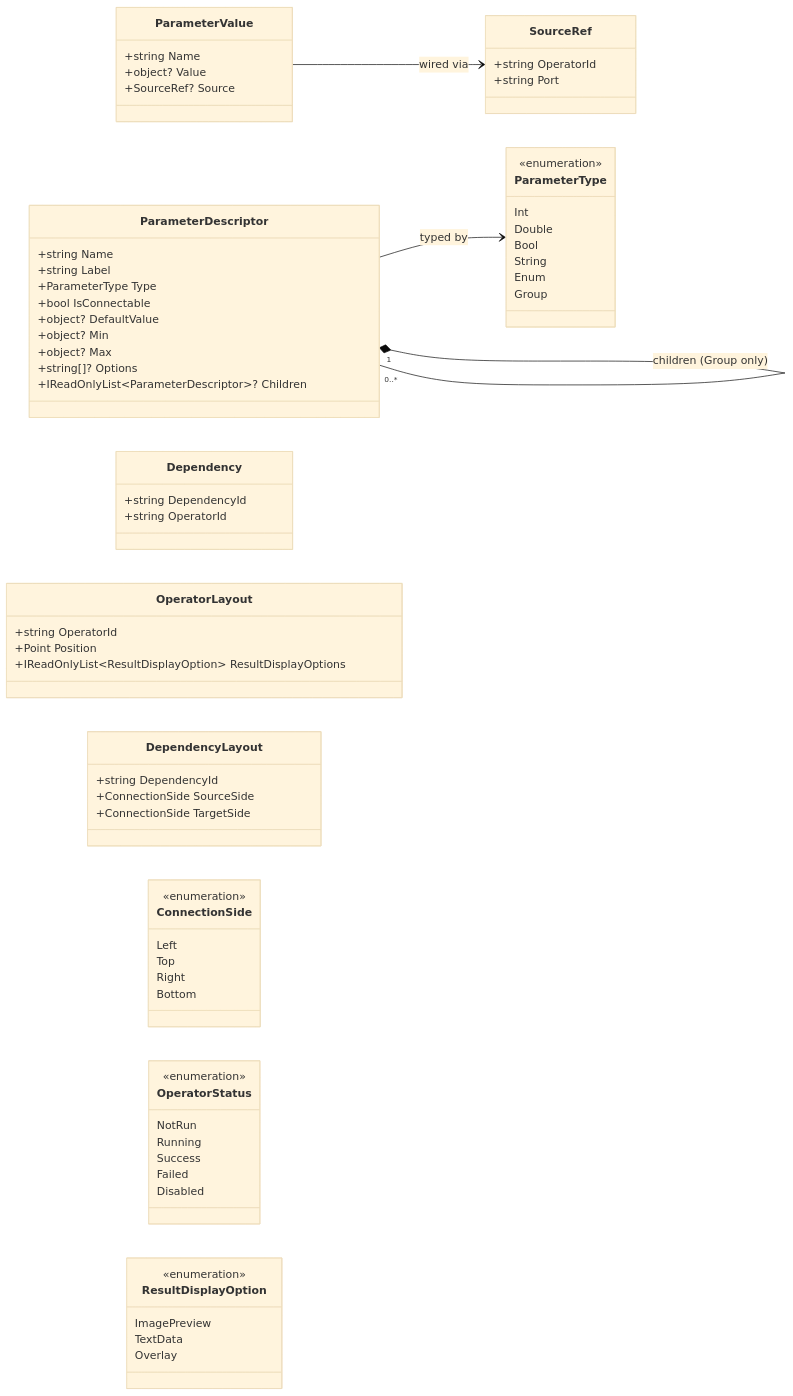
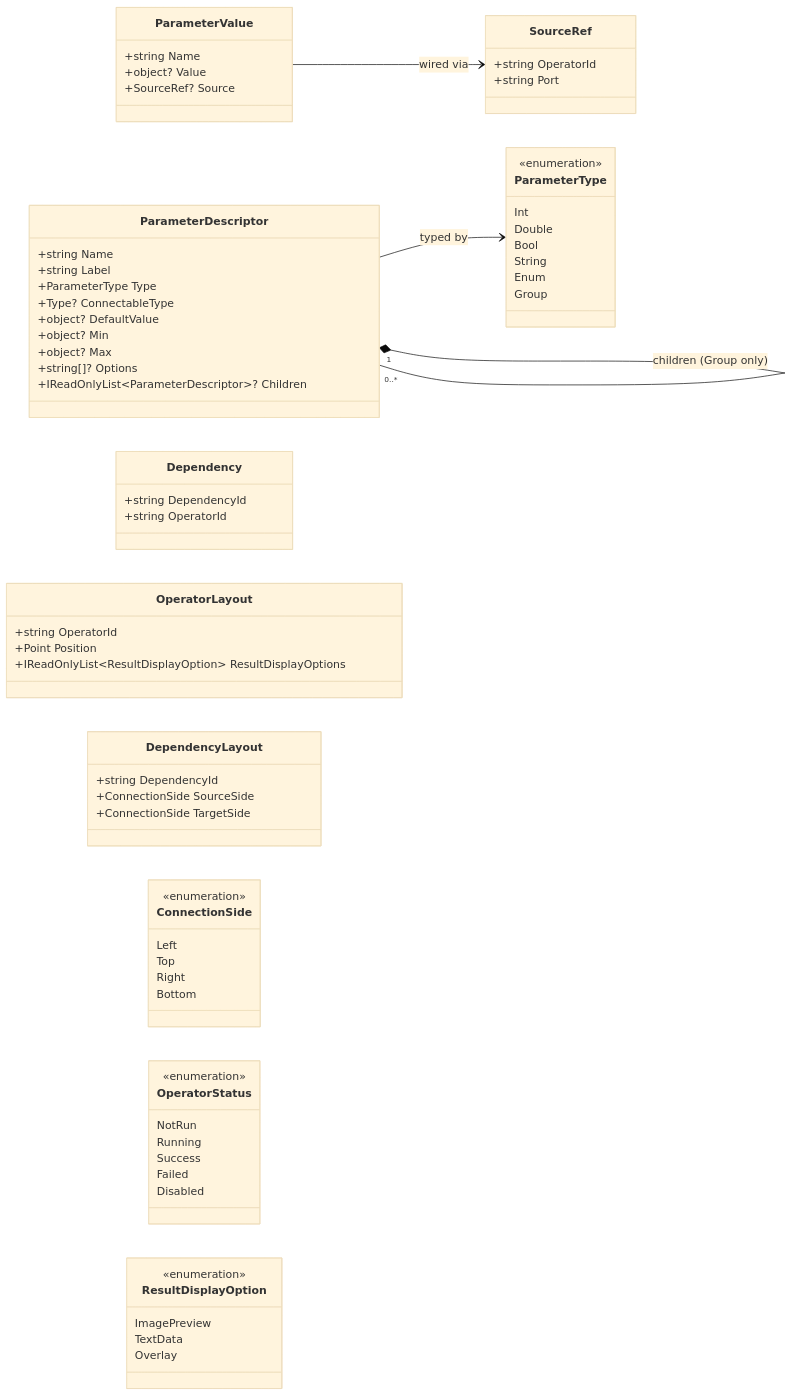
The second of 2 diagrams in docs/DESIGN.md (yoavmil/IPLab), drawn with Mermaid (base theme) before and after one commit. The commit also changed other lines of this file and 32 other files, not shown here.

````diff
--- a/docs/DESIGN.md
+++ b/docs/DESIGN.md
@@ -65,82 +65,82 @@
 ```mermaid
 classDiagram
     direction LR
 
     class ParameterValue {
         +string Name
         +object? Value
         +SourceRef? Source
     }
 
     class SourceRef {
         +string OperatorId
         +string Port
     }
 
     class ParameterDescriptor {
         +string Name
         +string Label
         +ParameterType Type
-        +bool IsConnectable
+        +Type? ConnectableType
         +object? DefaultValue
         +object? Min
         +object? Max
         +string[]? Options
         +IReadOnlyList~ParameterDescriptor~? Children
     }
 
     class ParameterType {
         <<enumeration>>
         Int
         Double
         Bool
         String
         Enum
         Group
     }
 
     class Dependency {
         +string DependencyId
         +string OperatorId
     }
 
     class OperatorLayout {
         +string OperatorId
         +Point Position
         +IReadOnlyList~ResultDisplayOption~ ResultDisplayOptions
     }
 
     class DependencyLayout {
         +string DependencyId
         +ConnectionSide SourceSide
         +ConnectionSide TargetSide
     }
 
     class ConnectionSide {
         <<enumeration>>
         Left
         Top
         Right
         Bottom
     }
 
     class OperatorStatus {
         <<enumeration>>
         NotRun
         Running
         Success
         Failed
         Disabled
     }
 
     class ResultDisplayOption {
         <<enumeration>>
         ImagePreview
         TextData
         Overlay
     }
 
     ParameterValue --> SourceRef : wired via
     ParameterDescriptor --> ParameterType : typed by
     ParameterDescriptor "1" *-- "0..*" ParameterDescriptor : children (Group only)
 ```
````
